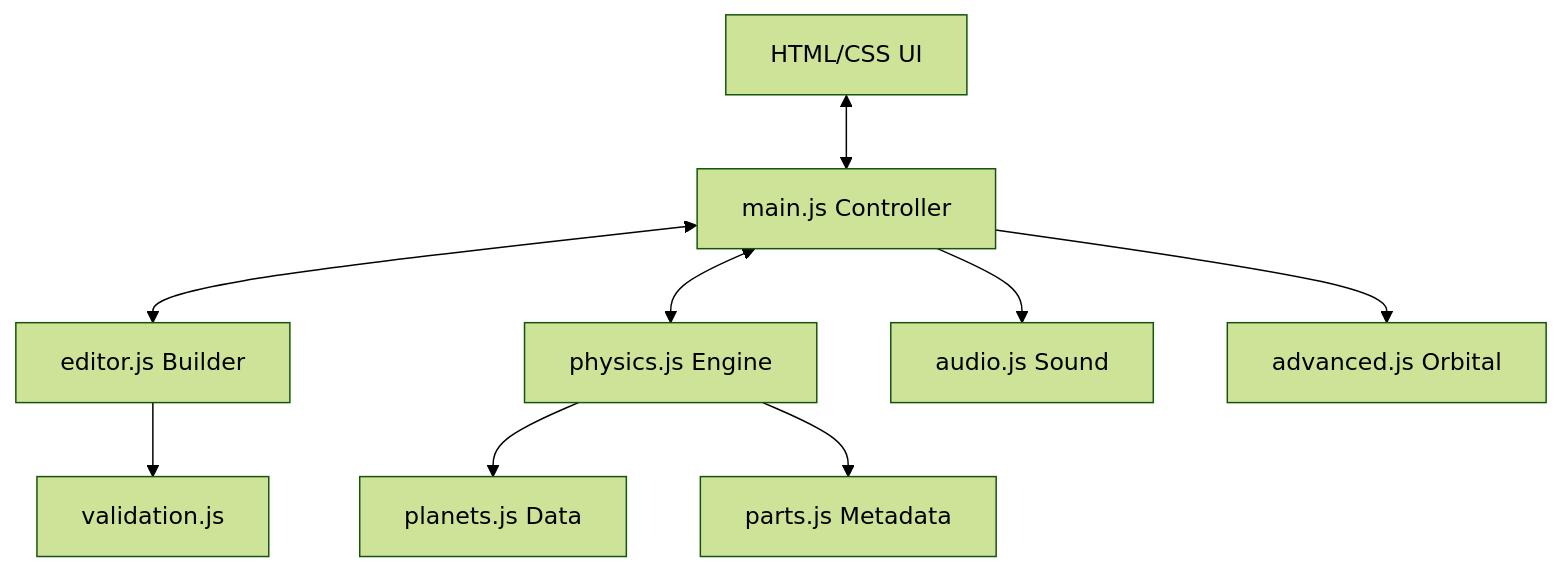
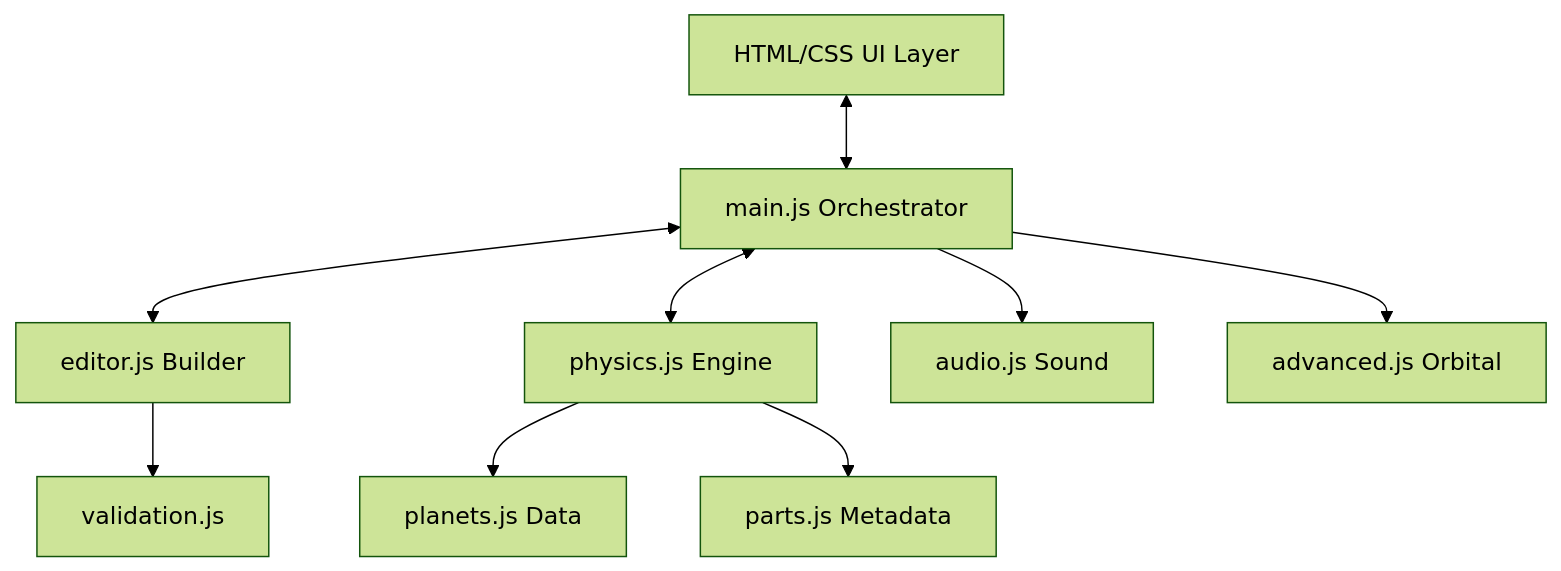
The diagram in README.md (GarvitSinghal1/Pixel-Rocket-Builder), drawn with Mermaid (forest theme) before and after one commit. The commit also changed other lines of this file, not shown here.

````diff
--- a/README.md
+++ b/README.md
@@ -291,11 +259,11 @@
 ```mermaid
 graph TD
-    UI[HTML/CSS UI] <--> Main[main.js Controller]
+    UI[HTML/CSS UI Layer] <--> Main[main.js Orchestrator]
     Main <--> Editor[editor.js Builder]
     Main <--> Physics[physics.js Engine]
     Main --> Audio[audio.js Sound]
     Editor --> Validation[validation.js]
     Physics --> Planets[planets.js Data]
     Physics --> Parts[parts.js Metadata]
     Main --> Advanced[advanced.js Orbital]
 ```
````
